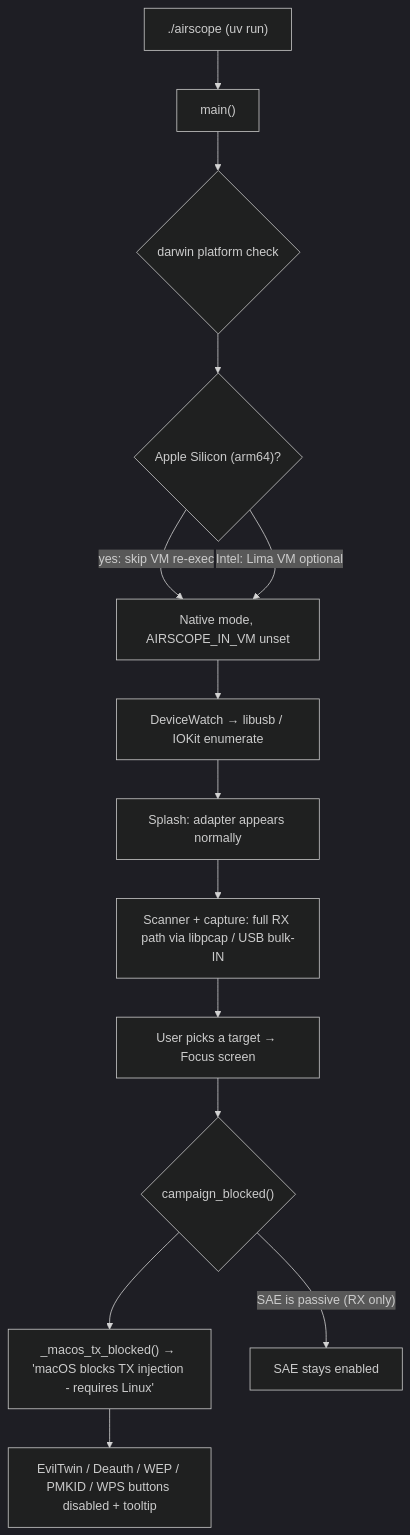
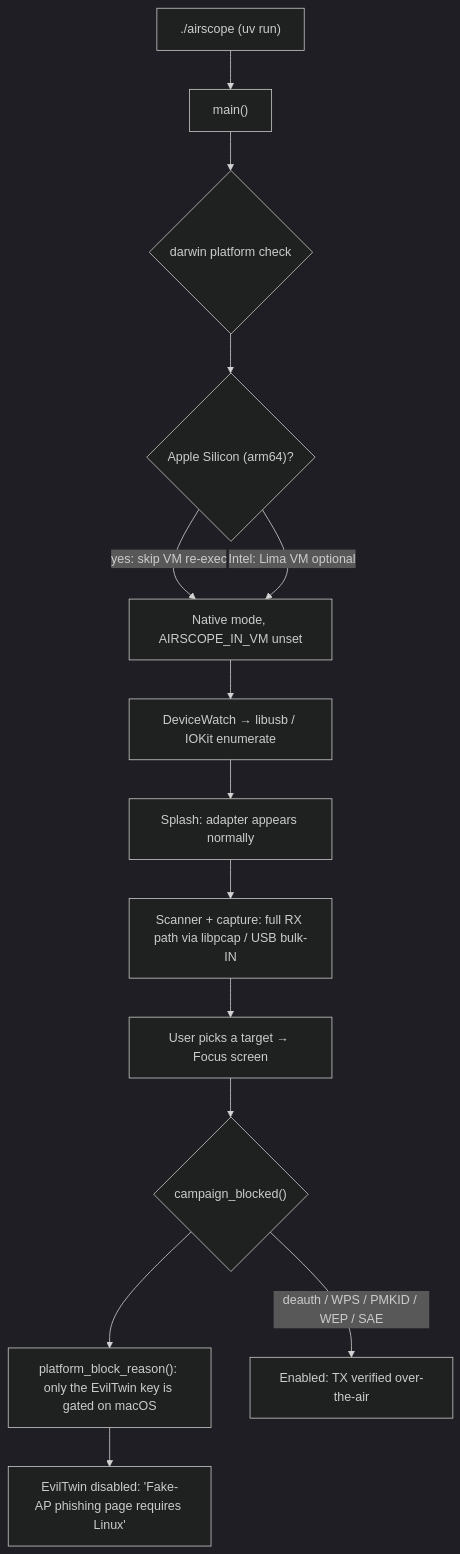
One commit to udhaybhat00/airscope changed the third of 4 diagrams in README.md. Above: the diagram before and after it, drawn with Mermaid (dark theme). The commit also changed other lines of this file and 8 other files, not shown here.

Commit message:
fix: enable all TX attacks on macOS, gate only the EvilTwin portal

````diff
--- a/README.md
+++ b/README.md
@@ -228,16 +228,16 @@
 ```mermaid
 flowchart TD
     A["./airscope (uv run)"] --> B["main()"]
     B --> C{"darwin platform check"}
     C --> D{"Apple Silicon (arm64)?"}
     D -- "yes: skip VM re-exec" --> E["Native mode, AIRSCOPE_IN_VM unset"]
     D -- "Intel: Lima VM optional" --> E
     E --> F["DeviceWatch → libusb / IOKit enumerate"]
     F --> G["Splash: adapter appears normally"]
     G --> H["Scanner + capture: full RX path via libpcap / USB bulk-IN"]
     H --> I["User picks a target → Focus screen"]
     I --> J{"campaign_blocked()"}
-    J --> K["_macos_tx_blocked() → 'macOS blocks TX injection - requires Linux'"]
-    K --> L["EvilTwin / Deauth / WEP / PMKID / WPS buttons disabled + tooltip"]
-    J -- "SAE is passive (RX only)" --> M["SAE stays enabled"]
+    J --> K["platform_block_reason(): only the EvilTwin key is gated on macOS"]
+    K --> L["EvilTwin disabled: 'Fake-AP phishing page requires Linux'"]
+    J -- "deauth / WPS / PMKID / WEP / SAE" --> M["Enabled: TX verified over-the-air"]
 ```
````
